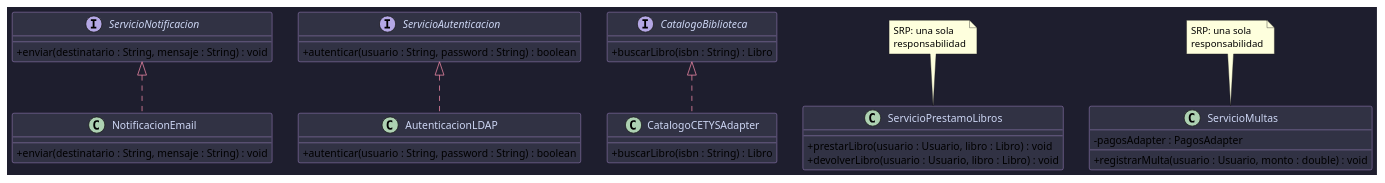
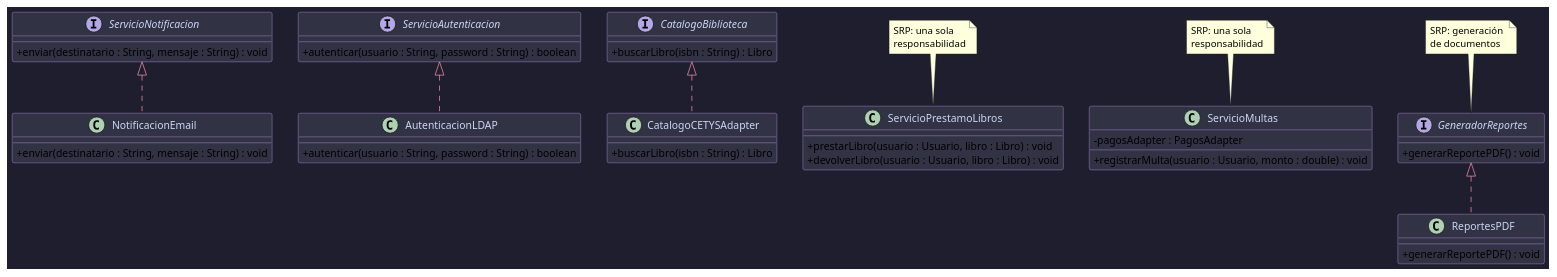
One commit to acero08/ExamenSegundoParcial changed the diagram in Seccion3-SOLID/DiagramaUml/03A-solid-refactorizacion.puml. Above: the diagram before and after it, drawn with PlantUML. The commit also changed 4 other files, not shown here.

```diff
--- a/Seccion3-SOLID/DiagramaUml/03A-solid-refactorizacion.puml
+++ b/Seccion3-SOLID/DiagramaUml/03A-solid-refactorizacion.puml
@@ -1,58 +1,73 @@
 @startuml SOLID-Refactorizacion
 skinparam classAttributeIconSize 0
 skinparam backgroundColor #1e1e2e
 skinparam class {
     BackgroundColor #313244
     BorderColor #cba6f7
     FontColor #cdd6f4
     ArrowColor #f38ba8
 }
 
 interface ServicioNotificacion {
     + enviar(destinatario : String, mensaje : String) : void
 }
 
 interface ServicioAutenticacion {
     + autenticar(usuario : String, password : String) : boolean
 }
 
 interface CatalogoBiblioteca {
     + buscarLibro(isbn : String) : Libro
 }
 
 class ServicioPrestamoLibros {
     + prestarLibro(usuario : Usuario, libro : Libro) : void
     + devolverLibro(usuario : Usuario, libro : Libro) : void
 }
 
 class ServicioMultas {
     - pagosAdapter : PagosAdapter
     + registrarMulta(usuario : Usuario, monto : double) : void
 }
 
 class NotificacionEmail {
     + enviar(destinatario : String, mensaje : String) : void
 }
 
 class AutenticacionLDAP {
     + autenticar(usuario : String, password : String) : boolean
 }
 
 class CatalogoCETYSAdapter {
     + buscarLibro(isbn : String) : Libro
 }
 
 ServicioNotificacion <|.. NotificacionEmail
 ServicioAutenticacion <|.. AutenticacionLDAP
 CatalogoBiblioteca <|.. CatalogoCETYSAdapter
 
 note top of ServicioPrestamoLibros
   SRP: una sola
   responsabilidad
 end note
 
 note top of ServicioMultas
   SRP: una sola
   responsabilidad
 end note
+
+interface GeneradorReportes {
+    + generarReportePDF() : void
+}
+
+class ReportesPDF {
+    + generarReportePDF() : void
+}
+
+GeneradorReportes <|.. ReportesPDF
+
+note top of GeneradorReportes
+  SRP: generación 
+  de documentos
+end note
 @enduml
```
